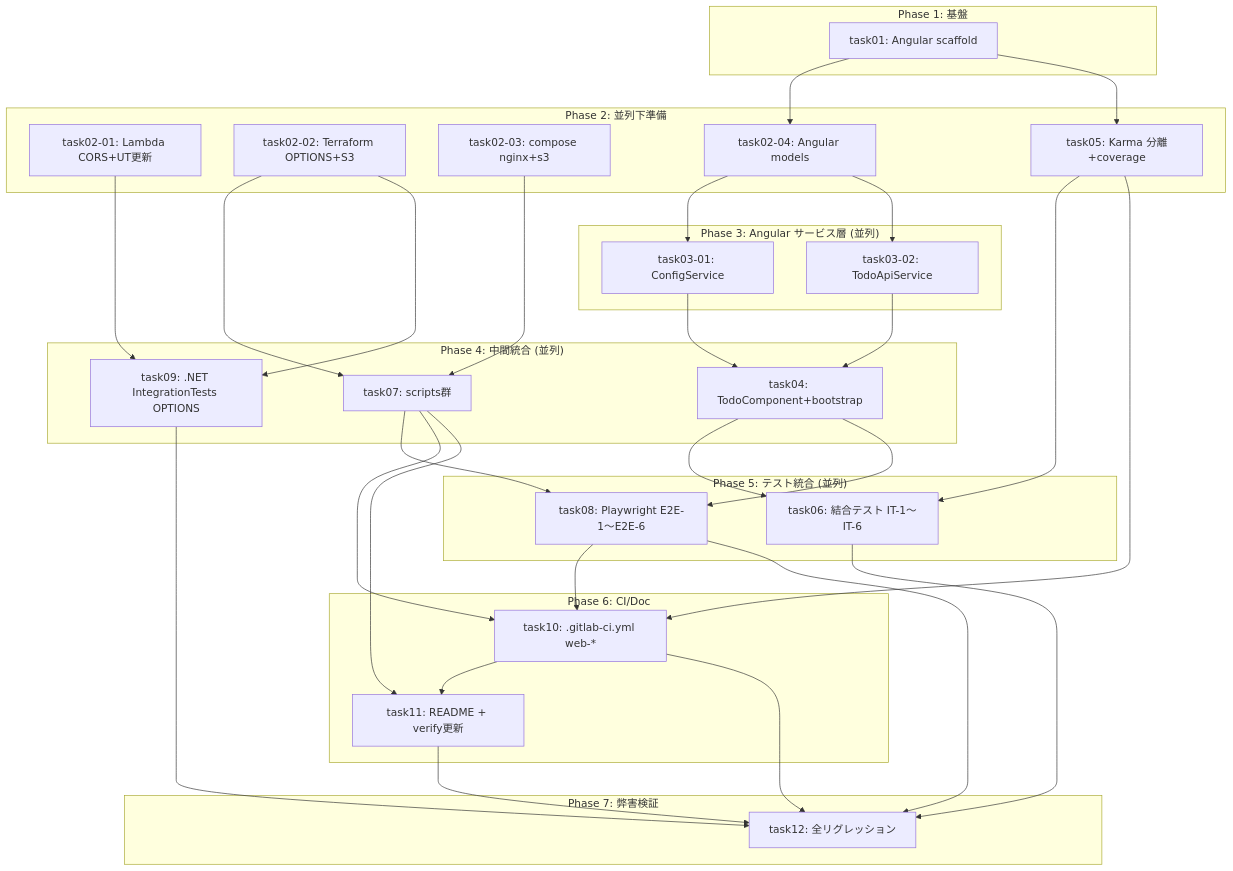
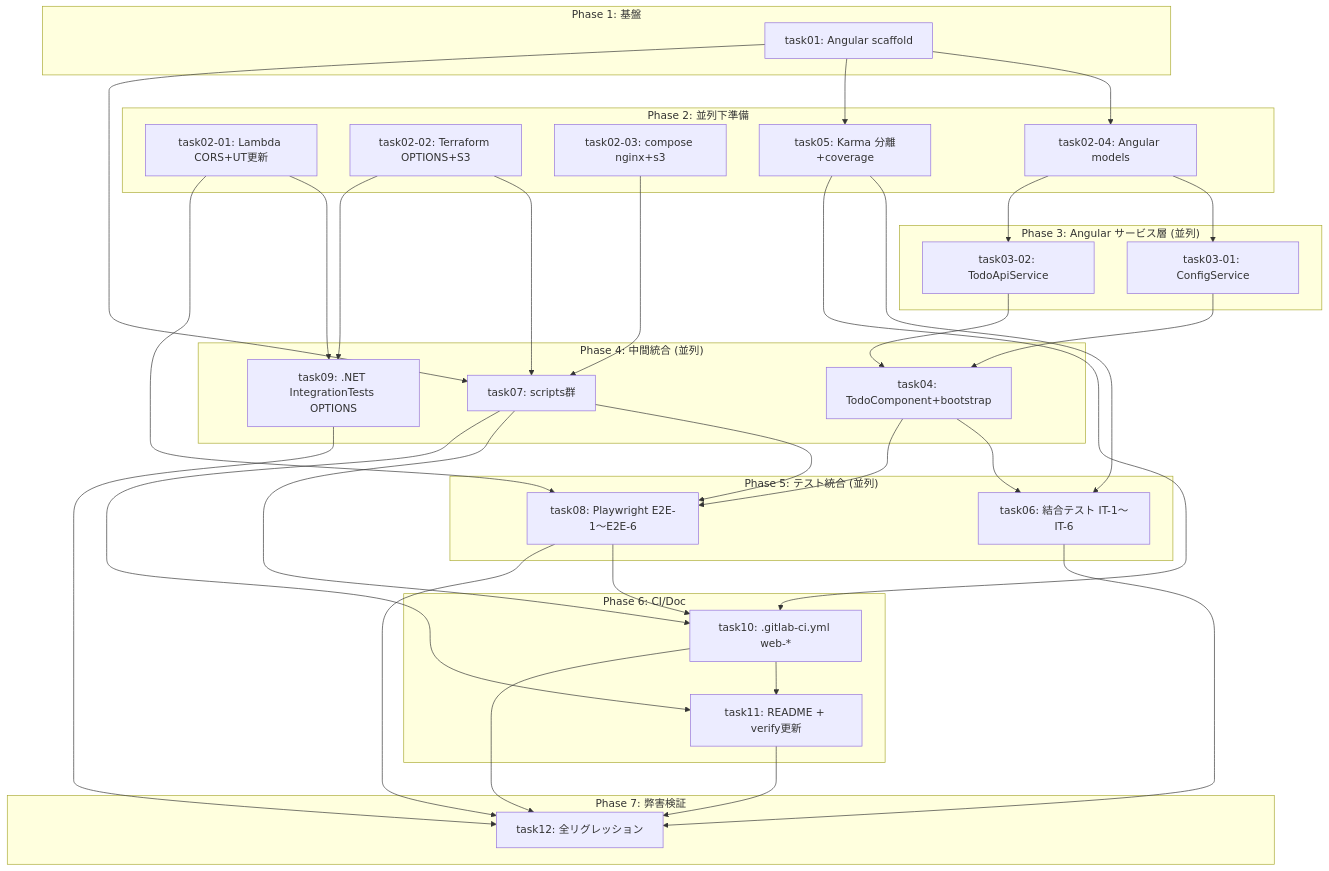
The diagram in docs/floci-apigateway-csharp/plan/task-list.md (NagasakaH/dev-process), drawn with Mermaid before and after one commit. The commit also changed other lines of this file and 13 other files, not shown here.

````diff
--- a/docs/floci-apigateway-csharp/plan/task-list.md
+++ b/docs/floci-apigateway-csharp/plan/task-list.md
@@ -39,64 +51,66 @@
 ```mermaid
 graph TD
     subgraph "Phase 1: 基盤"
         task01[task01: Angular scaffold]
     end
 
     subgraph "Phase 2: 並列下準備"
         t0201[task02-01: Lambda CORS+UT更新]
         t0202[task02-02: Terraform OPTIONS+S3]
         t0203[task02-03: compose nginx+s3]
         t0204[task02-04: Angular models]
         task05[task05: Karma 分離+coverage]
     end
 
     subgraph "Phase 3: Angular サービス層 (並列)"
         t0301[task03-01: ConfigService]
         t0302[task03-02: TodoApiService]
     end
 
     subgraph "Phase 4: 中間統合 (並列)"
         task04[task04: TodoComponent+bootstrap]
         task07[task07: scripts群]
         task09[task09: .NET IntegrationTests OPTIONS]
     end
 
     subgraph "Phase 5: テスト統合 (並列)"
         task06[task06: 結合テスト IT-1〜IT-6]
         task08[task08: Playwright E2E-1〜E2E-6]
     end
 
     subgraph "Phase 6: CI/Doc"
         task10[task10: .gitlab-ci.yml web-*]
         task11[task11: README + verify更新]
     end
 
     subgraph "Phase 7: 弊害検証"
         task12[task12: 全リグレッション]
     end
 
     task01 --> t0204
     task01 --> task05
+    task01 --> task07
     t0204 --> t0301
     t0204 --> t0302
     t0301 --> task04
     t0302 --> task04
     t0202 --> task07
     t0203 --> task07
     t0201 --> task09
     t0202 --> task09
+    t0201 --> task08
     task04 --> task06
     task05 --> task06
     task04 --> task08
     task07 --> task08
     task05 --> task10
     task07 --> task10
     task08 --> task10
     task07 --> task11
     task10 --> task11
     task06 --> task12
     task08 --> task12
     task09 --> task12
     task10 --> task12
     task11 --> task12
 ```
````
